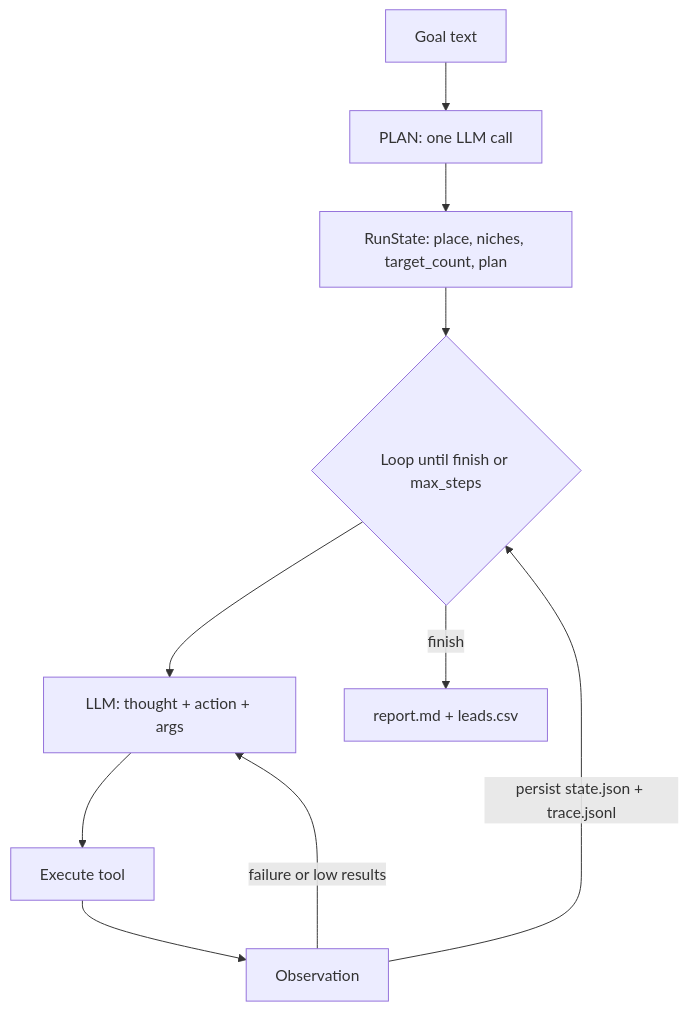
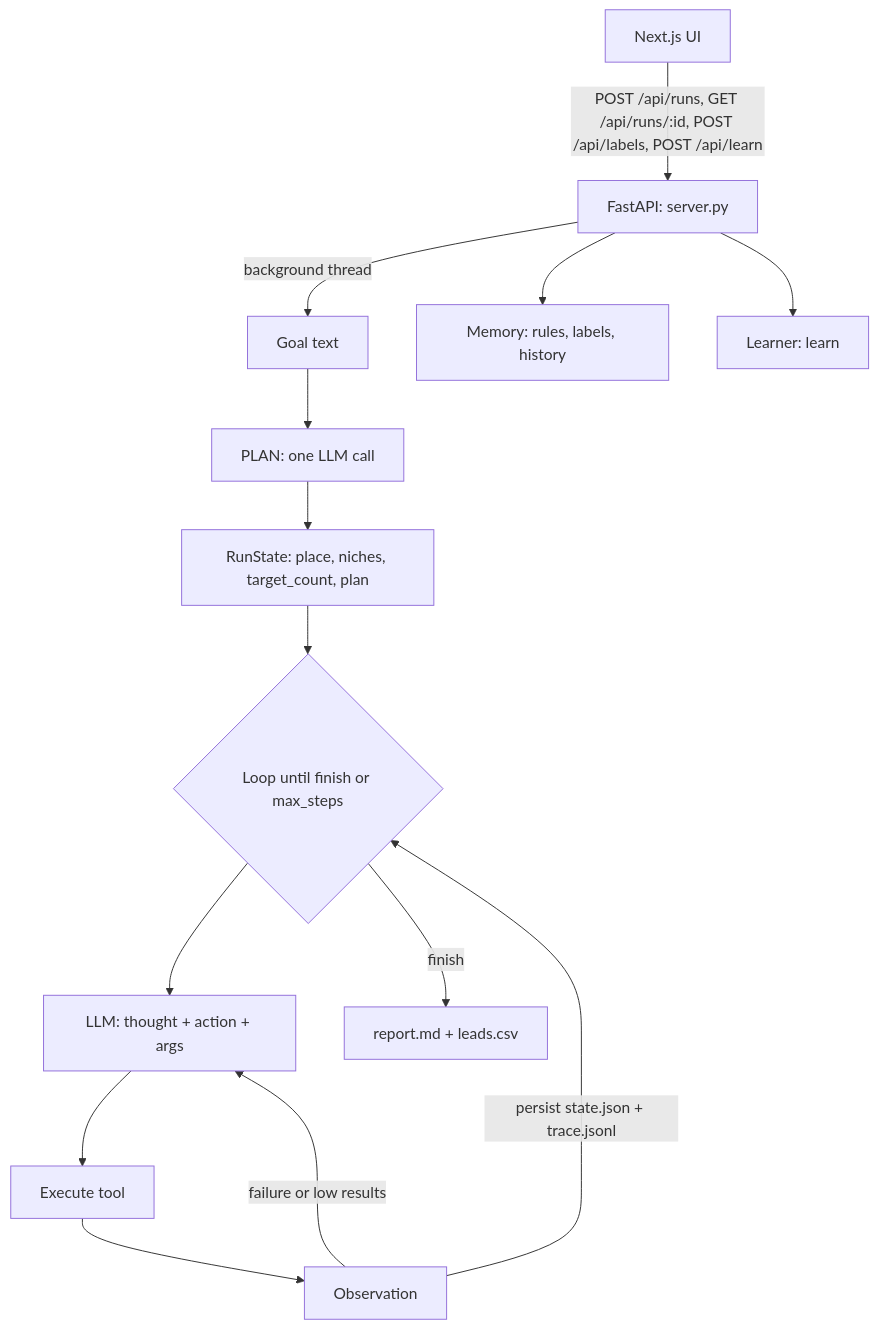
The first of 2 diagrams in README.md (nileshpatil6/prospector), drawn with Mermaid before and after one commit. The commit also changed other lines of this file and 3 other files, not shown here.

````diff
--- a/README.md
+++ b/README.md
@@ -40,12 +40,16 @@
 ```mermaid
 flowchart TD
-    G[Goal text] --> P[PLAN: one LLM call]
+    UI[Next.js UI] -->|POST /api/runs, GET /api/runs/:id, POST /api/labels, POST /api/learn| API[FastAPI: server.py]
+    API -->|background thread| G[Goal text]
+    G --> P[PLAN: one LLM call]
     P --> S[RunState: place, niches, target_count, plan]
     S --> L{Loop until finish or max_steps}
     L --> T[LLM: thought + action + args]
     T --> X[Execute tool]
     X --> O[Observation]
     O -->|persist state.json + trace.jsonl| L
     O -->|failure or low results| T
     L -->|finish| F[report.md + leads.csv]
+    API --> MEM[Memory: rules, labels, history]
+    API --> LRN[Learner: learn]
 ```
````
